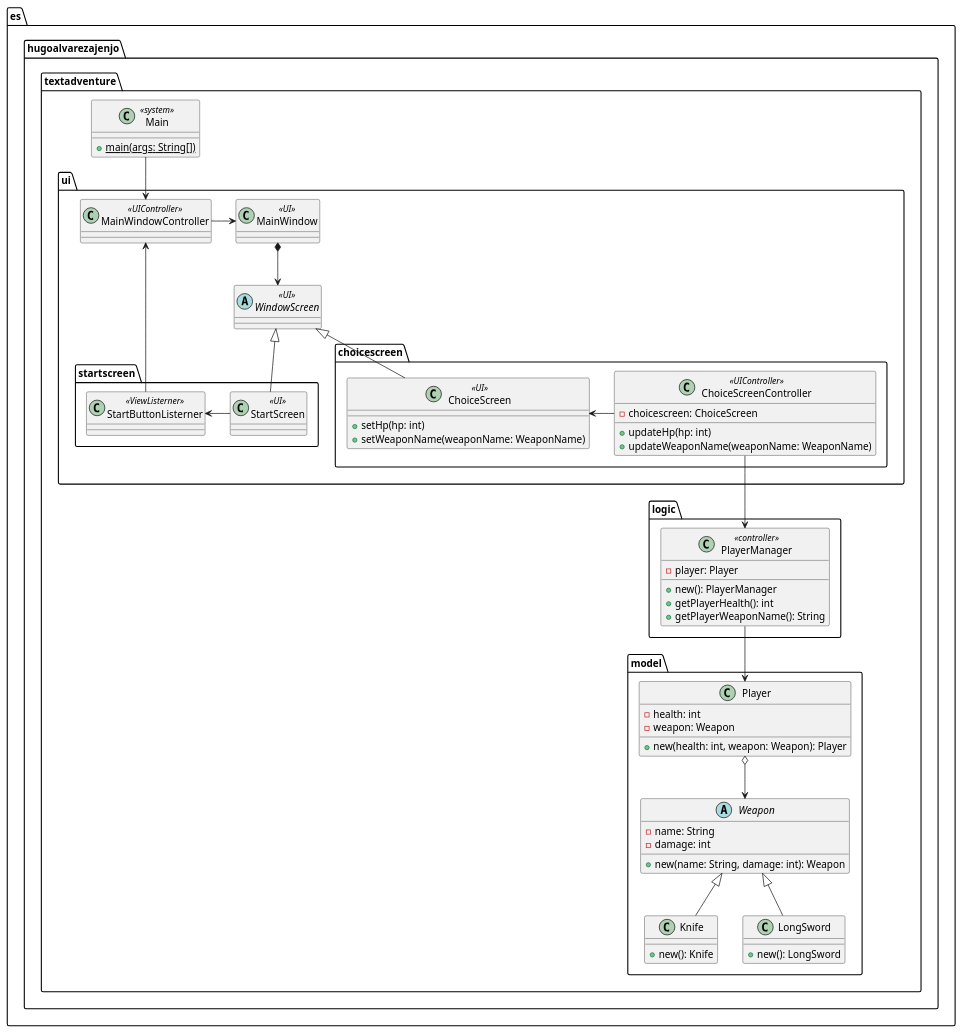
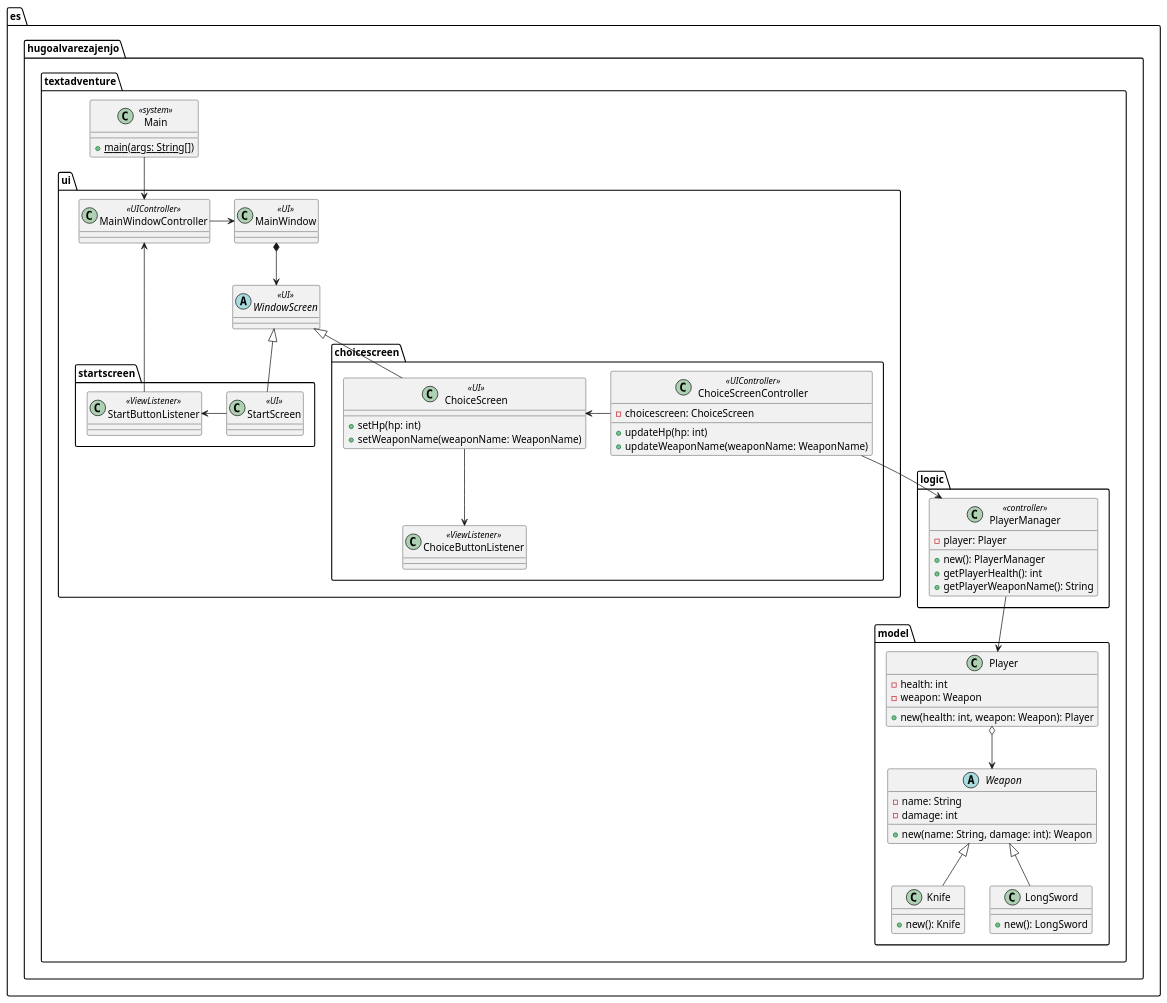
The diagram in docs/ClassDiagram.puml (HugoAlvarezAjenjo/TextAdventure), drawn with PlantUML before and after one commit.

Commit message:
docs: UML Define Classes

```diff
--- a/docs/ClassDiagram.puml
+++ b/docs/ClassDiagram.puml
@@ -1,84 +1,87 @@
 @startuml TextAdventure Class Diagram
 package es.hugoalvarezajenjo.textadventure {
     package model {
         class Player {
             - health: int
             - weapon: Weapon
             + new(health: int, weapon: Weapon): Player
         }
 
         abstract Weapon{
             - name: String
             - damage: int
             + new(name: String, damage: int): Weapon
         }
 
         class Knife {
             + new(): Knife
         }
          class LongSword {
             + new(): LongSword
         }
     }
 
     package logic {
         class PlayerManager <<controller>>{
             - player: Player
             + new(): PlayerManager
             + getPlayerHealth(): int
             + getPlayerWeaponName(): String
         }
     }
 
     package ui {
         class MainWindow <<UI>>
         class MainWindowController <<UIController>>
         abstract WindowScreen <<UI>>
 
         package startscreen {
             class StartScreen <<UI>>
-            class StartButtonListerner <<ViewListerner>>
+            class StartButtonListener <<ViewListener>>
         }
 
         package choicescreen {
             class ChoiceScreen <<UI>> {
                 + setHp(hp: int)
                 + setWeaponName(weaponName: WeaponName)
             }
             class ChoiceScreenController <<UIController>> {
                 - choicescreen: ChoiceScreen
                 + updateHp(hp: int)
                 + updateWeaponName(weaponName: WeaponName)
             }
+            class ChoiceButtonListener <<ViewListener>>
         }
 
     }
 
     class Main <<system>>{
         + {static} main(args: String[])
     }
 }
 
 WindowScreen <|-- StartScreen
 WindowScreen <|-- ChoiceScreen
 
 Weapon <|-- Knife
 Weapon <|-- LongSword
 
 Main --> MainWindowController
 
 MainWindowController -> MainWindow
 
 MainWindow *--> WindowScreen
 
-StartButtonListerner <- StartScreen
-MainWindowController <-- StartButtonListerner
+StartButtonListener <- StartScreen
+MainWindowController <-- StartButtonListener
 
 ChoiceScreen <- ChoiceScreenController
 ChoiceScreenController --> PlayerManager
+
+ChoiceScreen --> ChoiceButtonListener
 
 PlayerManager --> Player
 
 Player o--> Weapon
 
 @enduml
```
